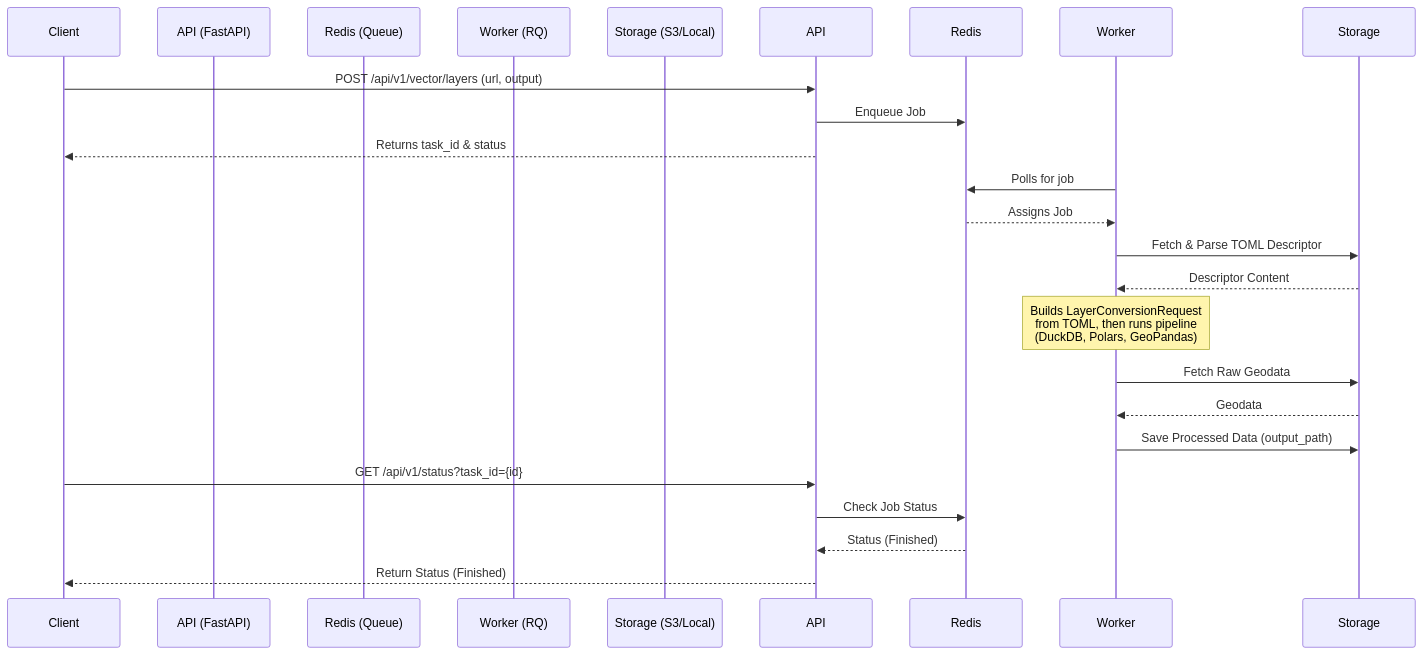
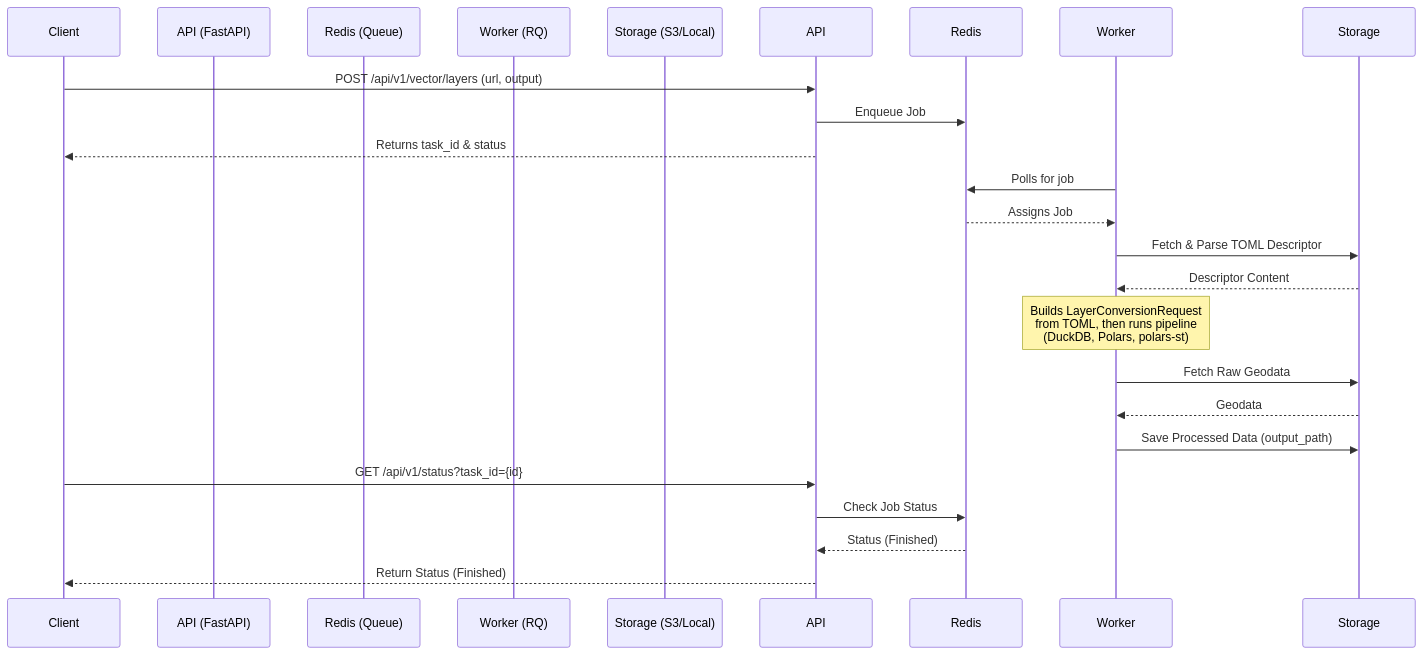
Before and after one commit to ApoorvaKashyap/cs-geodata: the diagram in docs/source/data_flow.md, drawn with Mermaid. The commit also changed 3 other files, not shown here.

````diff
--- a/docs/source/data_flow.md
+++ b/docs/source/data_flow.md
@@ -132,29 +132,29 @@
 ```{mermaid}
 sequenceDiagram
     participant Client
     participant API (FastAPI)
     participant Redis (Queue)
     participant Worker (RQ)
     participant Storage (S3/Local)
 
     Client->>API: POST /api/v1/vector/layers (url, output)
     API->>Redis: Enqueue Job
     API-->>Client: Returns task_id & status
 
     Worker->>Redis: Polls for job
     Redis-->>Worker: Assigns Job
 
     Worker->>Storage: Fetch & Parse TOML Descriptor
     Storage-->>Worker: Descriptor Content
-    Note over Worker: Builds LayerConversionRequest<br/>from TOML, then runs pipeline<br/>(DuckDB, Polars, GeoPandas)
+    Note over Worker: Builds LayerConversionRequest<br/>from TOML, then runs pipeline<br/>(DuckDB, Polars, polars-st)
 
     Worker->>Storage: Fetch Raw Geodata
     Storage-->>Worker: Geodata
 
     Worker->>Storage: Save Processed Data (output_path)
 
     Client->>API: GET /api/v1/status?task_id={id}
     API->>Redis: Check Job Status
     Redis-->>API: Status (Finished)
     API-->>Client: Return Status (Finished)
 ```
````
